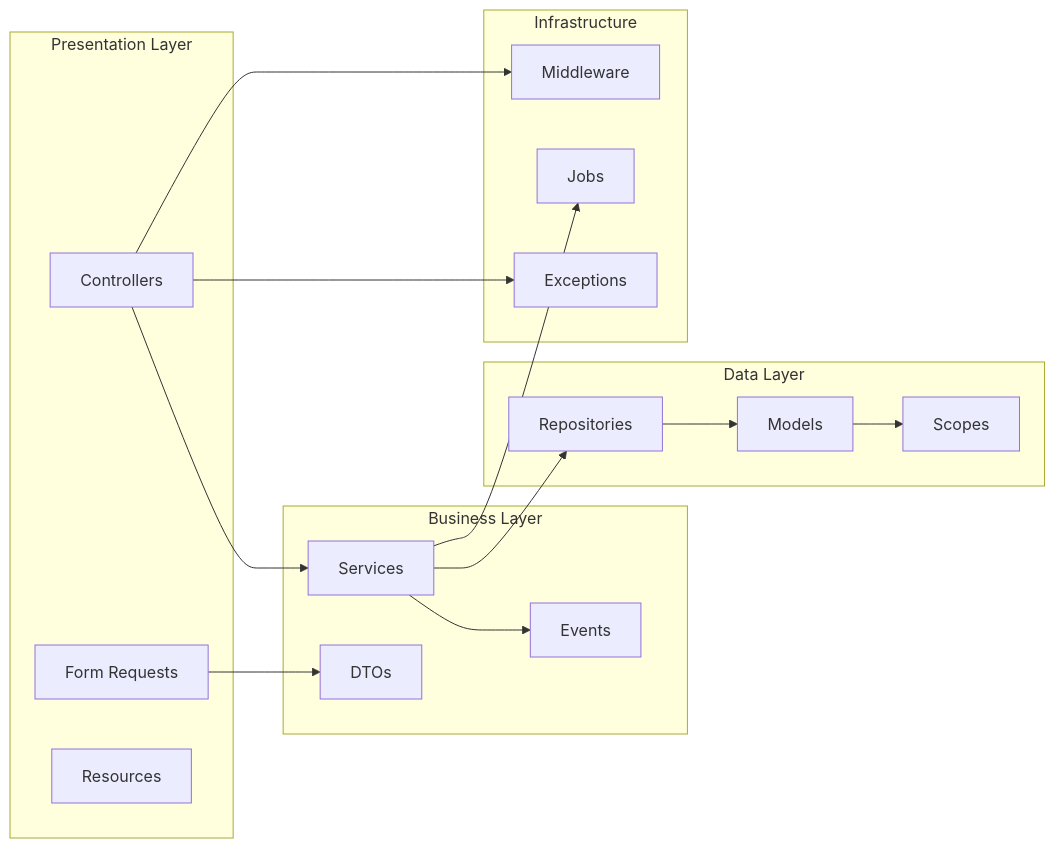
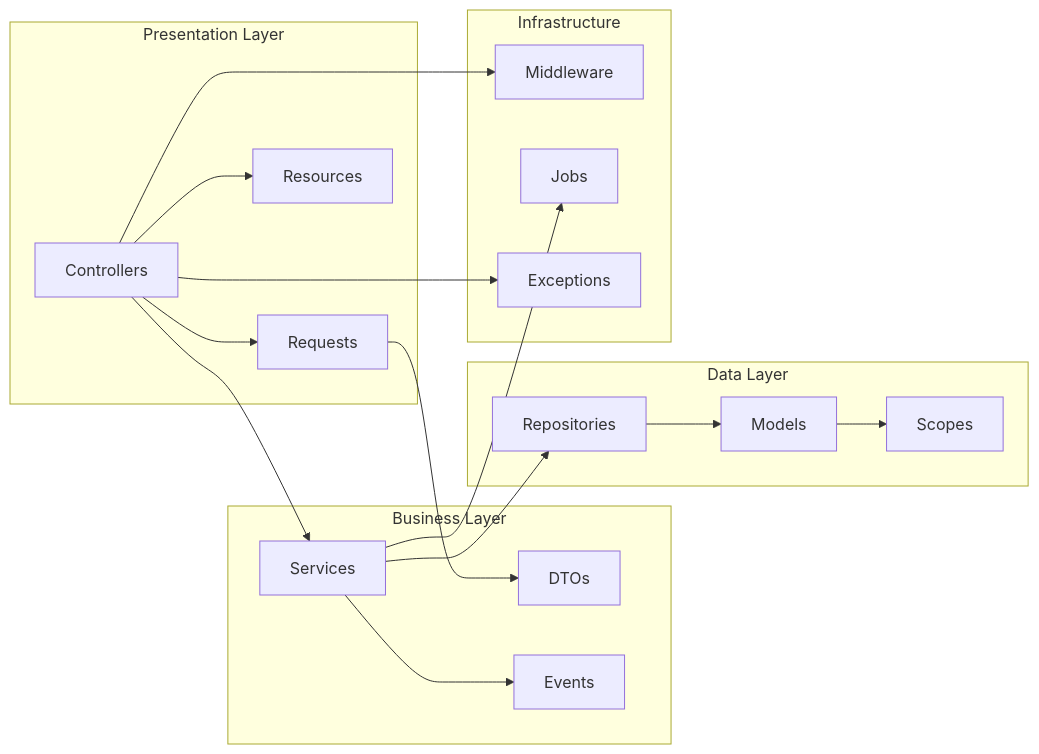
One commit to abdulsamad245/group.one-technical-assessment changed the second of 5 diagrams in Explanation.md. Above: the diagram before and after it, drawn with Mermaid. The commit also changed other lines of this file and 208 other files, not shown here.

````diff
--- a/Explanation.md
+++ b/Explanation.md
@@ -129,36 +129,38 @@
 ```mermaid
 flowchart LR
     subgraph "Presentation Layer"
         CTRL[Controllers]
-        REQ[Form Requests]
+        REQ[Requests]
         RES[Resources]
     end
-    
+
     subgraph "Business Layer"
         SVC[Services]
         DTO[DTOs]
         EVT[Events]
     end
-    
+
     subgraph "Data Layer"
         REPO[Repositories]
         MDL[Models]
         SCP[Scopes]
     end
-    
+
     subgraph "Infrastructure"
         MID[Middleware]
         JOB[Jobs]
         EXC[Exceptions]
     end
-    
+
+    CTRL --> REQ
+    CTRL --> RES
     CTRL --> SVC
     REQ --> DTO
     SVC --> REPO
     SVC --> EVT
     REPO --> MDL
     MDL --> SCP
     CTRL --> MID
     SVC --> JOB
     CTRL --> EXC
 ```
````
